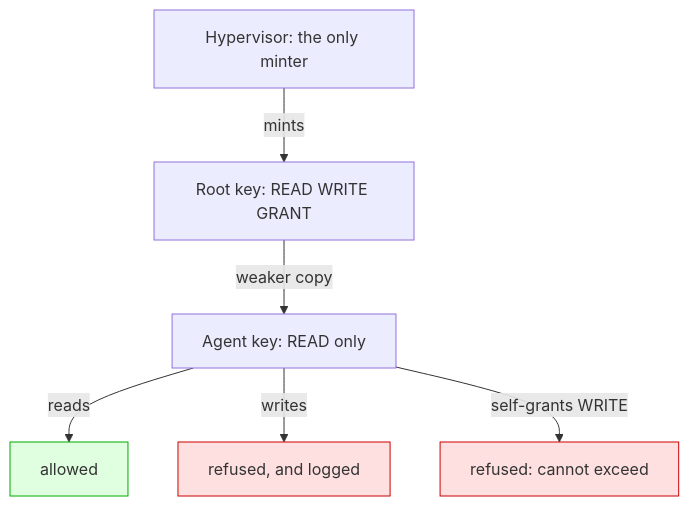
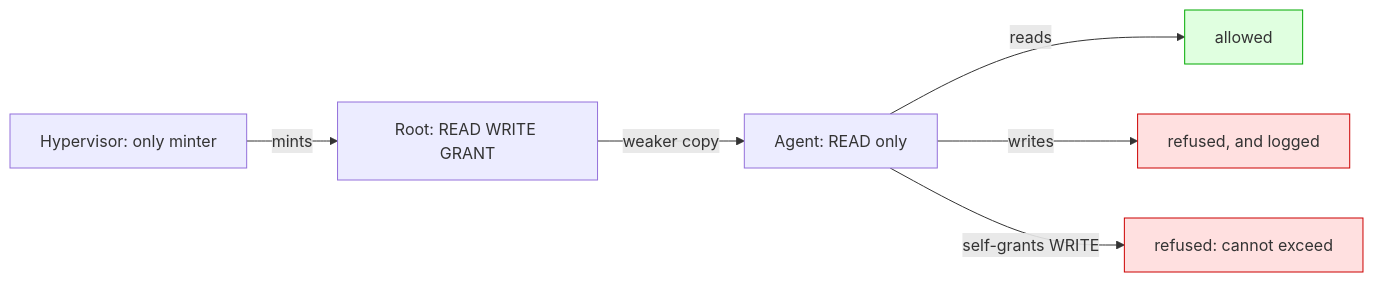
Before and after one commit to mondweep/vibe-cast: the third of 9 diagrams in README.md, drawn with Mermaid. The commit also changed other lines of this file, not shown here.

First line of the commit message:
Make diagrams short enough to fit GitHub's viewer

````diff
--- a/README.md
+++ b/README.md
@@ -221,14 +224,11 @@
 ```mermaid
-flowchart TB
-    H["Hypervisor: the only minter"]
-    R["Root key: READ WRITE GRANT"]
-    A["Agent key: READ only"]
-    H -->|mints| R
-    R -->|"weaker copy"| A
+flowchart LR
+    H["Hypervisor: only minter"] -->|mints| R["Root: READ WRITE GRANT"]
+    R -->|"weaker copy"| A["Agent: READ only"]
     A -->|reads| OK["allowed"]
     A -->|writes| NO["refused, and logged"]
     A -->|"self-grants WRITE"| NO2["refused: cannot exceed"]
     style OK fill:#e0ffe0,stroke:#0a0
     style NO fill:#ffe0e0,stroke:#c00
     style NO2 fill:#ffe0e0,stroke:#c00
 ```
````
